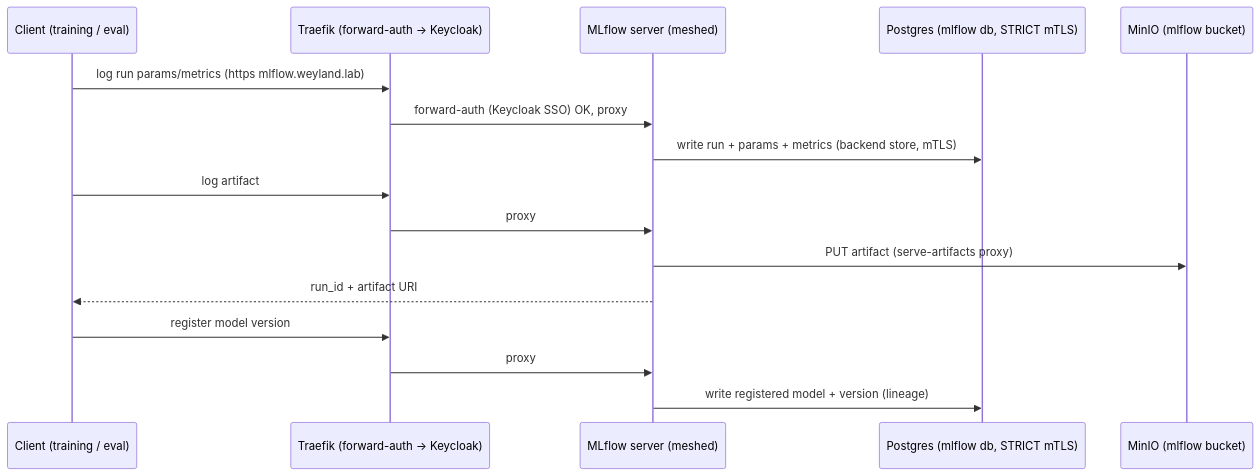
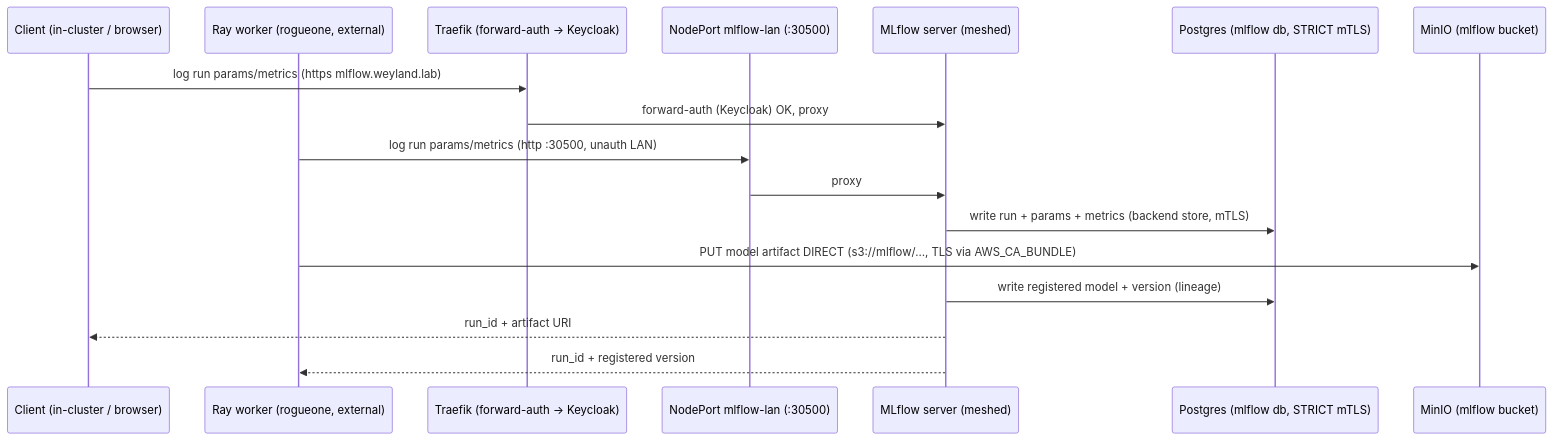
One commit to edtbl76/weyland-lab changed the diagram in docs/diagrams/flow-mlflow.md. Above: the diagram before and after it, drawn with Mermaid. The commit also changed other lines of this file and 17 other files, not shown here.

````diff
--- a/docs/diagrams/flow-mlflow.md
+++ b/docs/diagrams/flow-mlflow.md
@@ -10,18 +12,19 @@
 ```mermaid
 sequenceDiagram
-    participant Cl as Client (training / eval)
+    participant Cl as Client (in-cluster / browser)
+    participant Wk as Ray worker (rogueone, external)
     participant TR as Traefik (forward-auth → Keycloak)
+    participant NP as NodePort mlflow-lan (:30500)
     participant ML as MLflow server (meshed)
     participant PG as Postgres (mlflow db, STRICT mTLS)
     participant S3 as MinIO (mlflow bucket)
     Cl->>TR: log run params/metrics (https mlflow.weyland.lab)
-    TR->>ML: forward-auth (Keycloak SSO) OK, proxy
+    TR->>ML: forward-auth (Keycloak) OK, proxy
+    Wk->>NP: log run params/metrics (http :30500, unauth LAN)
+    NP->>ML: proxy
     ML->>PG: write run + params + metrics (backend store, mTLS)
-    Cl->>TR: log artifact
-    TR->>ML: proxy
-    ML->>S3: PUT artifact (serve-artifacts proxy)
+    Wk->>S3: PUT model artifact DIRECT (s3://mlflow/…, TLS via AWS_CA_BUNDLE)
+    ML->>PG: write registered model + version (lineage)
     ML-->>Cl: run_id + artifact URI
-    Cl->>TR: register model version
-    TR->>ML: proxy
-    ML->>PG: write registered model + version (lineage)
+    ML-->>Wk: run_id + registered version
 ```
````
